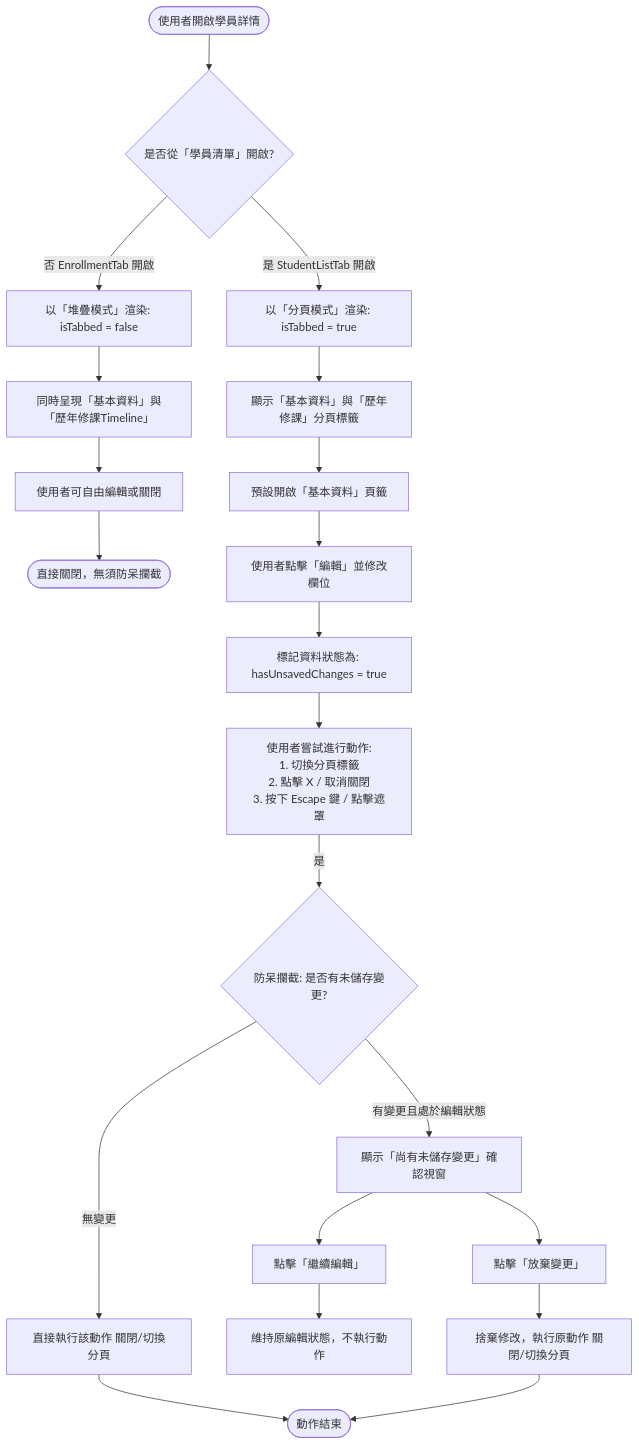
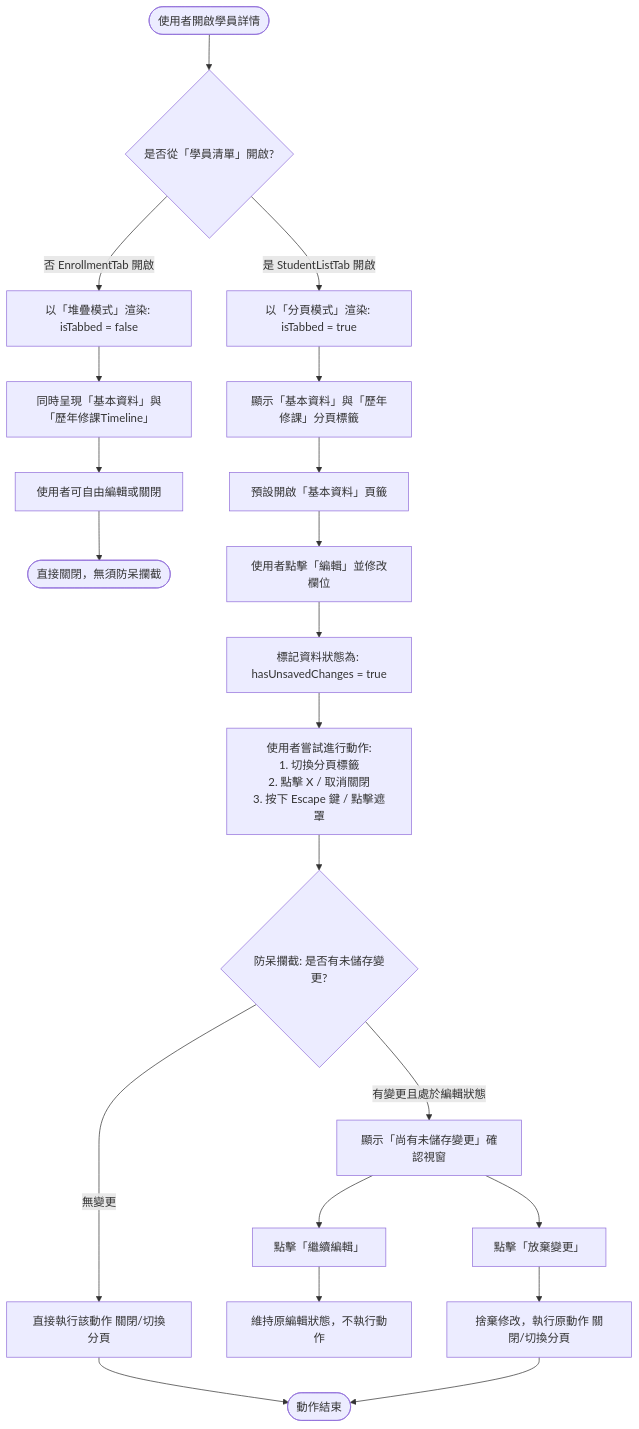
The second of 4 diagrams in 架構.md (TWTooru/ChanghuaYMCA_SeniorMenberSystem), drawn with Mermaid before and after one commit. The commit also changed other lines of this file and 5 other files, not shown here.

````diff
--- a/架構.md
+++ b/架構.md
@@ -57,30 +108,30 @@
 ```mermaid
 flowchart TD
     Start([使用者開啟學員詳情]) --> DecisionTabbed{是否從「學員清單」開啟?}
     
     %% 堆疊模式
     DecisionTabbed -->|否 EnrollmentTab 開啟| StackedMode["以「堆疊模式」渲染: isTabbed = false"]
     StackedMode --> ShowStacked["同時呈現「基本資料」與「歷年修課Timeline」"]
     ShowStacked --> UserEditStacked[使用者可自由編輯或關閉]
     UserEditStacked --> StackedClose([直接關閉，無須防呆攔截])
     
     %% 分頁模式
     DecisionTabbed -->|是 StudentListTab 開啟| TabbedMode["以「分頁模式」渲染: isTabbed = true"]
     TabbedMode --> ShowTabs["顯示「基本資料」與「歷年修課」分頁標籤"]
     
     ShowTabs --> ViewProfile[預設開啟「基本資料」頁籤]
     ViewProfile --> ClickEdit[使用者點擊「編輯」並修改欄位]
     ClickEdit --> MarkDirty["標記資料狀態為: hasUnsavedChanges = true"]
     
     MarkDirty --> UserAction["使用者嘗試進行動作:<br/>1. 切換分頁標籤<br/>2. 點擊 X / 取消關閉<br/>3. 按下 Escape 鍵 / 點擊遮罩"]
     
-    UserAction -->|是| Guard{防呆攔截: 是否有未儲存變更?}
+    UserAction --> Guard{防呆攔截: 是否有未儲存變更?}
     Guard -->|有變更且處於編輯狀態| ShowConfirm["顯示「尚有未儲存變更」確認視窗"]
     Guard -->|無變更| ExecuteAction[直接執行該動作 關閉/切換分頁]
     
     ShowConfirm --> ClickCancel["點擊「繼續編輯」"] --> KeepEdit[維持原編輯狀態，不執行動作]
     ShowConfirm --> ClickConfirm["點擊「放棄變更」"] --> DiscardAction[捨棄修改，執行原動作 關閉/切換分頁]
     
     ExecuteAction --> EndNode([動作結束])
     DiscardAction --> EndNode
 ```
````
